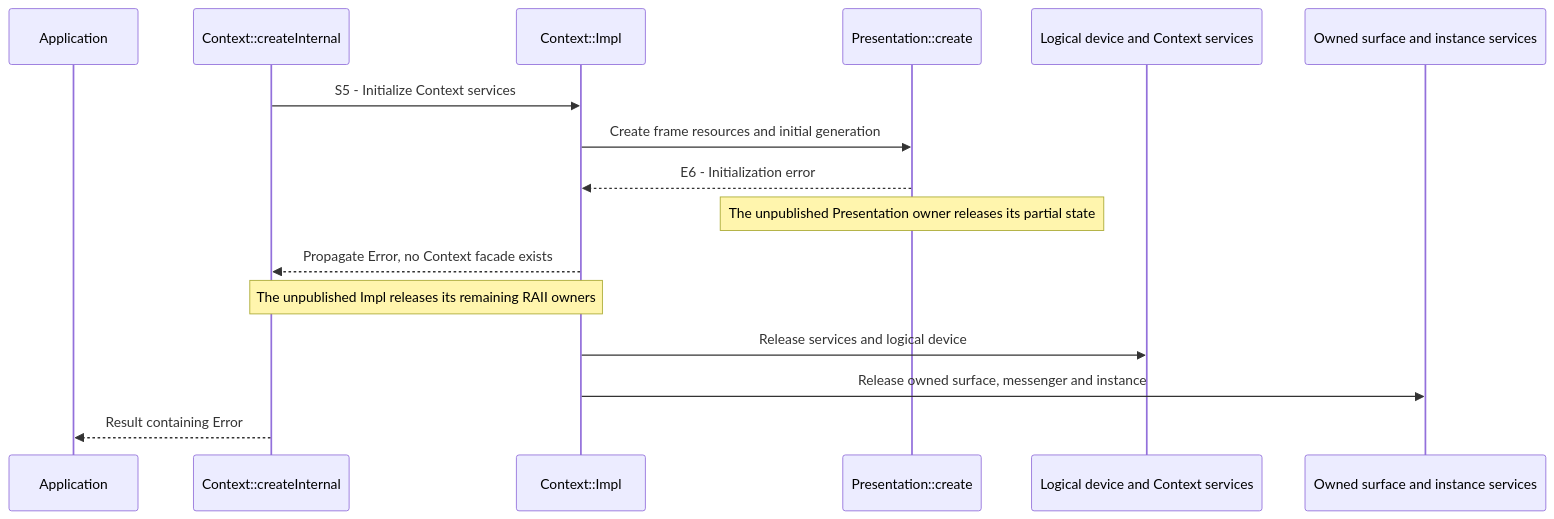
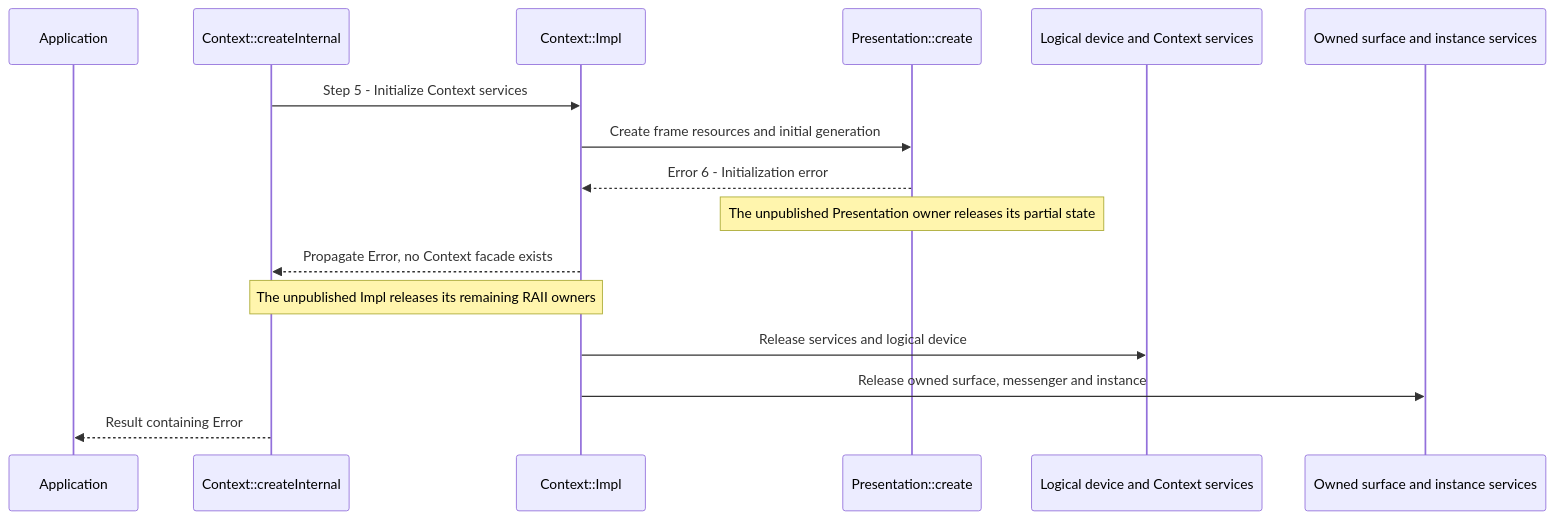
Before and after one commit to a-soltysik/Panda: the third of 3 diagrams in docs/use-cases/create-context.md, drawn with Mermaid. The commit also changed other lines of this file and 8 other files, not shown here.

````diff
--- a/docs/use-cases/create-context.md
+++ b/docs/use-cases/create-context.md
@@ -162,18 +151,18 @@
 ```mermaid
 sequenceDiagram
     participant A as Application
     participant C as Context::createInternal
     participant I as Context::Impl
     participant P as Presentation::create
     participant D as Logical device and Context services
     participant S as Owned surface and instance services
-    C->>I: S5 - Initialize Context services
+    C->>I: Step 5 - Initialize Context services
     I->>P: Create frame resources and initial generation
-    P-->>I: E6 - Initialization error
+    P-->>I: Error 6 - Initialization error
     Note over P: The unpublished Presentation owner releases its partial state
     I-->>C: Propagate Error, no Context facade exists
     Note over C,I: The unpublished Impl releases its remaining RAII owners
     I->>D: Release services and logical device
     I->>S: Release owned surface, messenger and instance
     C-->>A: Result containing Error
 ```
````
